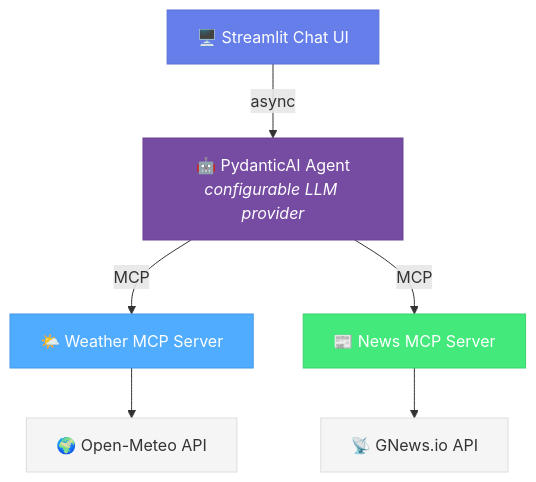
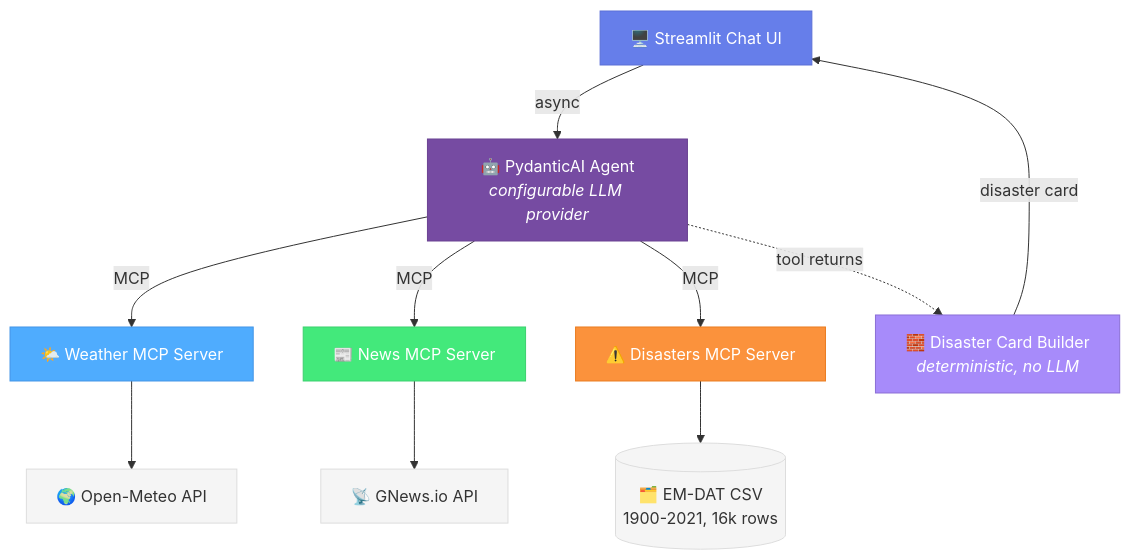
The diagram in CLAUDE.md (oginskis/weatherwise), drawn with Mermaid before and after one commit. The commit also changed other lines of this file and 3 other files, not shown here.

````diff
--- a/CLAUDE.md
+++ b/CLAUDE.md
@@ -31,22 +31,32 @@
 ```mermaid
 graph TD
     UI["🖥️ Streamlit Chat UI"]
     Agent["🤖 PydanticAI Agent<br/><i>configurable LLM provider</i>"]
     WeatherMCP["🌤️ Weather MCP Server"]
     NewsMCP["📰 News MCP Server"]
+    DisastersMCP["⚠️ Disasters MCP Server"]
     OpenMeteo["🌍 Open-Meteo API"]
     GNews["📡 GNews.io API"]
+    EMDAT[("🗂️ EM-DAT CSV<br/>1900-2021, 16k rows")]
+    CardBuilder["🧱 Disaster Card Builder<br/><i>deterministic, no LLM</i>"]
 
     UI -->|async| Agent
     Agent -->|MCP| WeatherMCP
     Agent -->|MCP| NewsMCP
+    Agent -->|MCP| DisastersMCP
     WeatherMCP --> OpenMeteo
     NewsMCP --> GNews
+    DisastersMCP --> EMDAT
+    Agent -.tool returns.-> CardBuilder
+    CardBuilder -->|disaster card| UI
 
     style UI fill:#667eea,stroke:#5a6fd6,color:#fff
     style Agent fill:#764ba2,stroke:#6a4292,color:#fff
     style WeatherMCP fill:#4facfe,stroke:#4495e6,color:#fff
     style NewsMCP fill:#43e97b,stroke:#3cd06e,color:#fff
+    style DisastersMCP fill:#fb923c,stroke:#ea7c20,color:#fff
+    style CardBuilder fill:#a78bfa,stroke:#8b6fd6,color:#fff
     style OpenMeteo fill:#f5f5f5,stroke:#ddd,color:#333
     style GNews fill:#f5f5f5,stroke:#ddd,color:#333
+    style EMDAT fill:#f5f5f5,stroke:#ddd,color:#333
 ```
````
